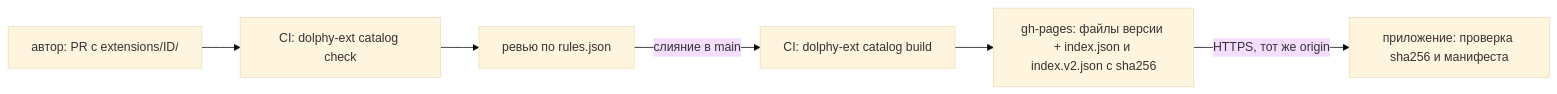
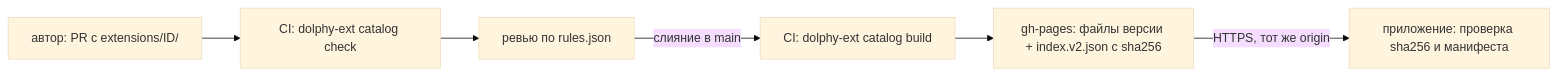
One commit to dolphy-app/dolphy changed the second of 2 diagrams in docs/design/extensions.md. Above: the diagram before and after it, drawn with Mermaid (base theme). The commit also changed other lines of this file and 32 other files, not shown here.

First line of the commit message:
refactor(extension-catalog): publish and read a single index.v2.json

````diff
--- a/docs/design/extensions.md
+++ b/docs/design/extensions.md
@@ -1097,8 +1023,8 @@
 ```mermaid
 flowchart LR
   A[автор: PR с extensions/ID/] --> B[CI: dolphy-ext catalog check]
   B --> C[ревью по rules.json]
   C -->|слияние в main| D[CI: dolphy-ext catalog build]
-  D --> E[gh-pages: файлы версии + index.json и index.v2.json с sha256]
+  D --> E[gh-pages: файлы версии + index.v2.json с sha256]
   E -->|HTTPS, тот же origin| F[приложение: проверка sha256 и манифеста]
 ```
````
